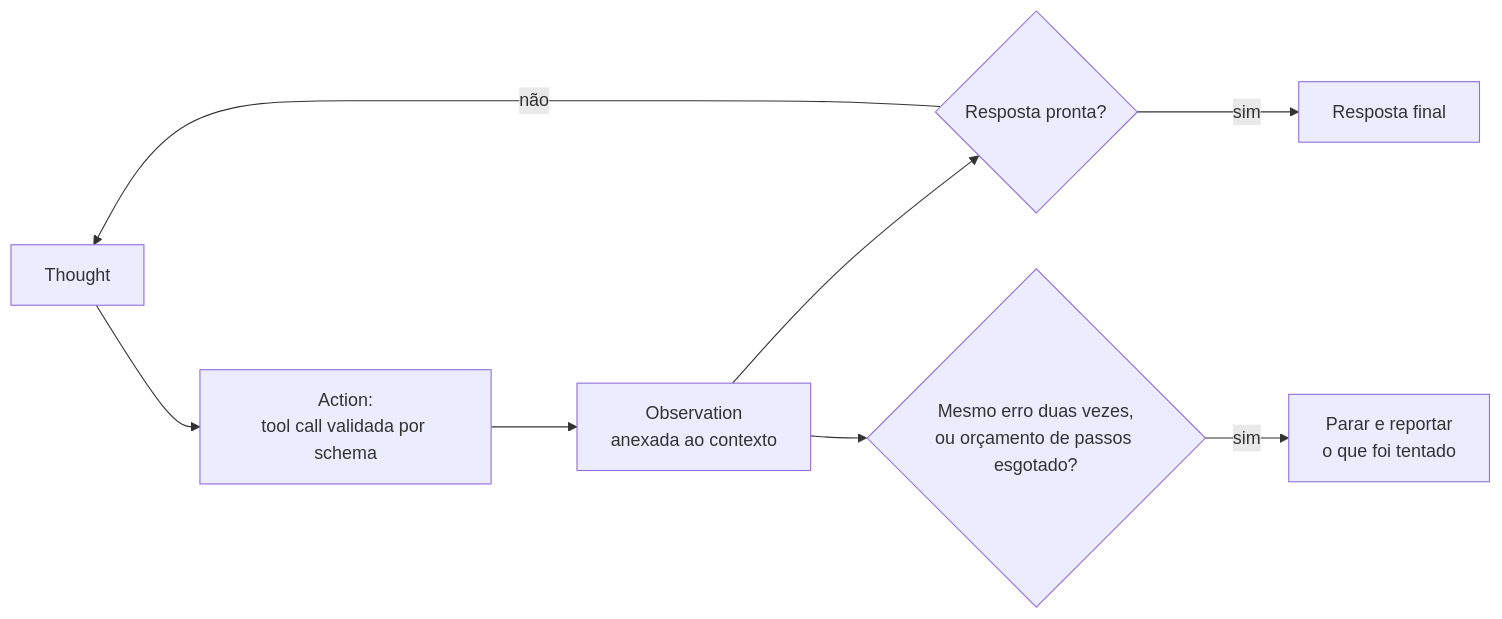
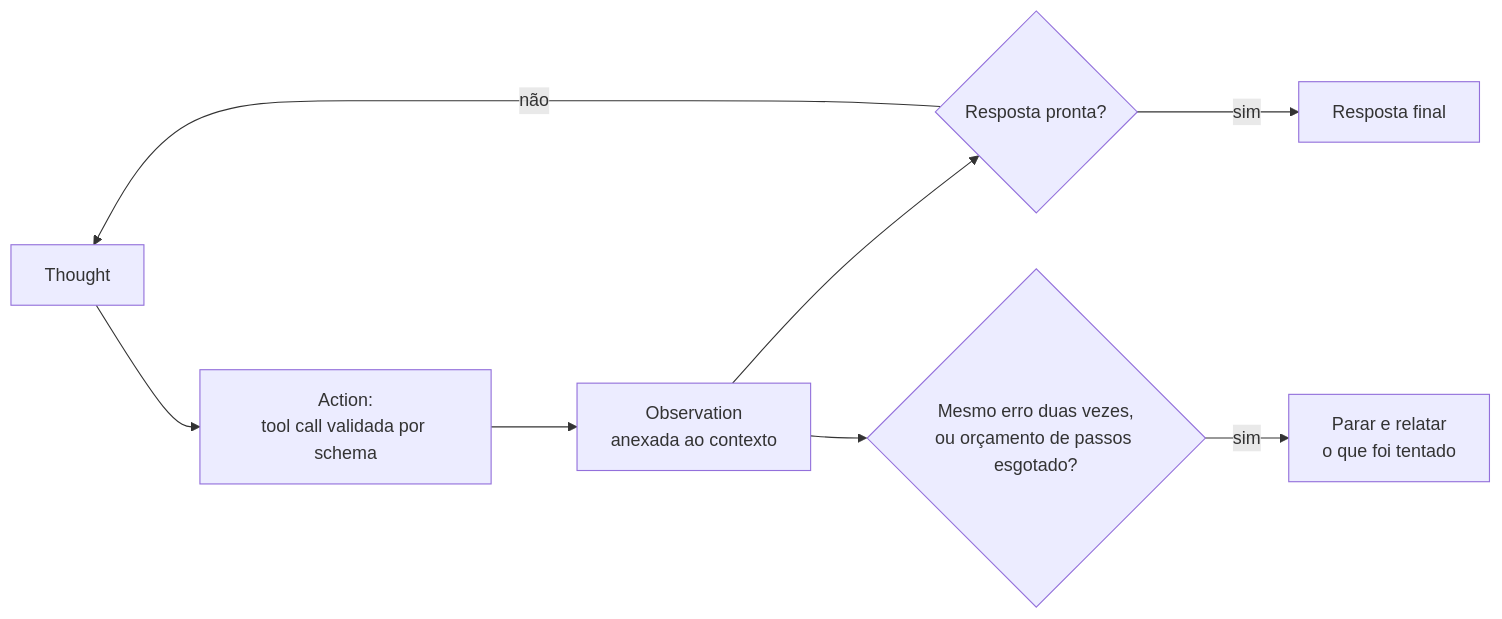
The eighth of 26 diagrams in 03-prompt-engineering-and-context/questions.pt-BR.md (andrevberaldo/AI-Engineer-Interview-Questions), drawn with Mermaid before and after one commit. The commit also changed other lines of this file and 1 other file, not shown here.

````diff
--- a/03-prompt-engineering-and-context/questions.pt-BR.md
+++ b/03-prompt-engineering-and-context/questions.pt-BR.md
@@ -492,10 +492,10 @@
 ```mermaid
 flowchart LR
     A["Thought"] --> B["Action:<br/>tool call validada por schema"]
     B --> C["Observation<br/>anexada ao contexto"]
     C --> D{"Resposta pronta?"}
     D -->|"não"| A
     D -->|"sim"| E["Resposta final"]
     C --> F{"Mesmo erro duas vezes,<br/>ou orçamento de passos esgotado?"}
-    F -->|"sim"| G["Parar e reportar<br/>o que foi tentado"]
+    F -->|"sim"| G["Parar e relatar<br/>o que foi tentado"]
 ```
````
